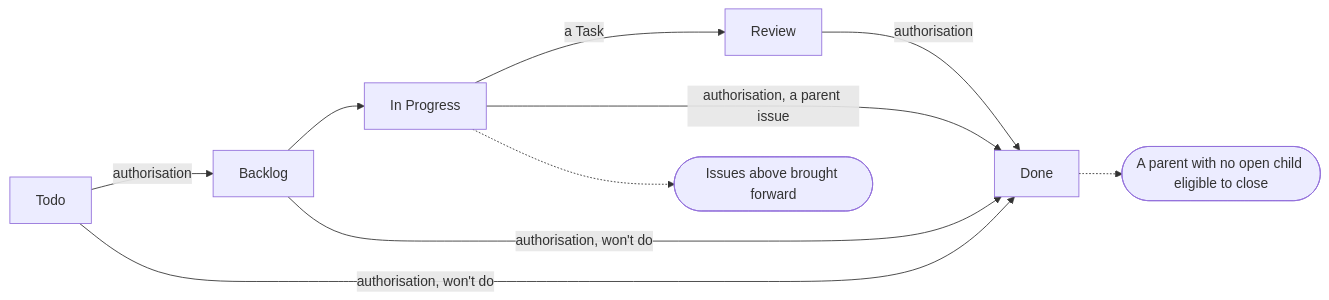
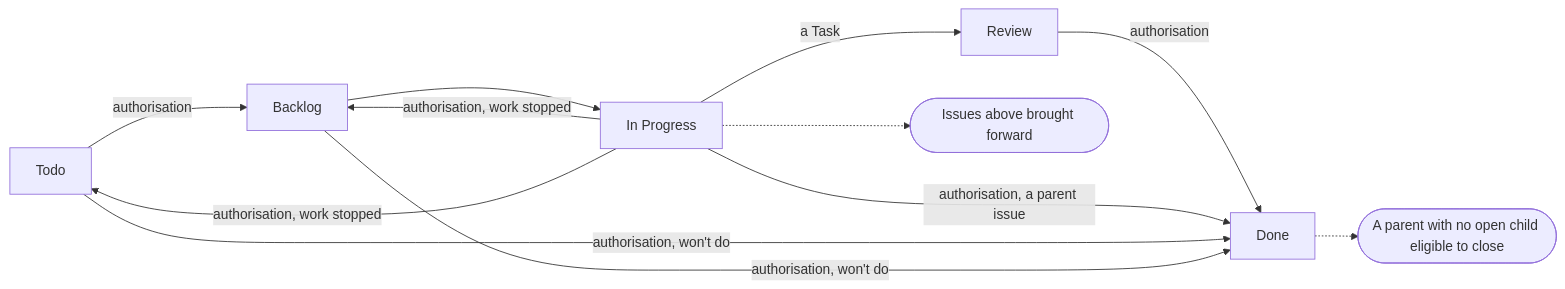
The second of 3 diagrams in tech-docs/analysis/project-management/domain-model/030-the-issue-lifecycle.md (aleskalfas/project-kit), drawn with Mermaid before and after one commit. The commit also changed other lines of this file and 2 other files, not shown here.

First line of the commit message:
docs(analysis): the issue lifecycle's view and UC-061 carry the move back

````diff
--- a/tech-docs/analysis/project-management/domain-model/030-the-issue-lifecycle.md
+++ b/tech-docs/analysis/project-management/domain-model/030-the-issue-lifecycle.md
@@ -61,14 +61,16 @@
 ```mermaid
 flowchart LR
   accTitle: How an issue moves through its lifecycle
-  accDescr: An authorisation takes an issue from Todo to Backlog. It then moves to In Progress, and a Task to Review. An authorisation takes it to Done, and closing as won't do also needs one. A forward move brings the issues above forward, and a parent with no open child becomes eligible to close.
+  accDescr: An authorisation takes an issue from Todo to Backlog. It then moves to In Progress, and a Task to Review. An authorisation takes it back from In Progress to Backlog or Todo once its work stopped. An authorisation takes it to Done, and closing as won't do also needs one. A forward move brings the issues above forward, and a parent with no open child becomes eligible to close.
   todo[Todo] -->|authorisation| backlog[Backlog]
   backlog --> inprogress[In Progress]
+  inprogress -->|authorisation, work stopped| backlog
+  inprogress -->|authorisation, work stopped| todo
   inprogress -->|a Task| review[Review]
   review -->|authorisation| done[Done]
   inprogress -->|authorisation, a parent issue| done
   todo -->|authorisation, won't do| done
   backlog -->|authorisation, won't do| done
   inprogress -.-> forward([Issues above brought forward])
   done -.-> eligible([A parent with no open child eligible to close])
 ```
````
